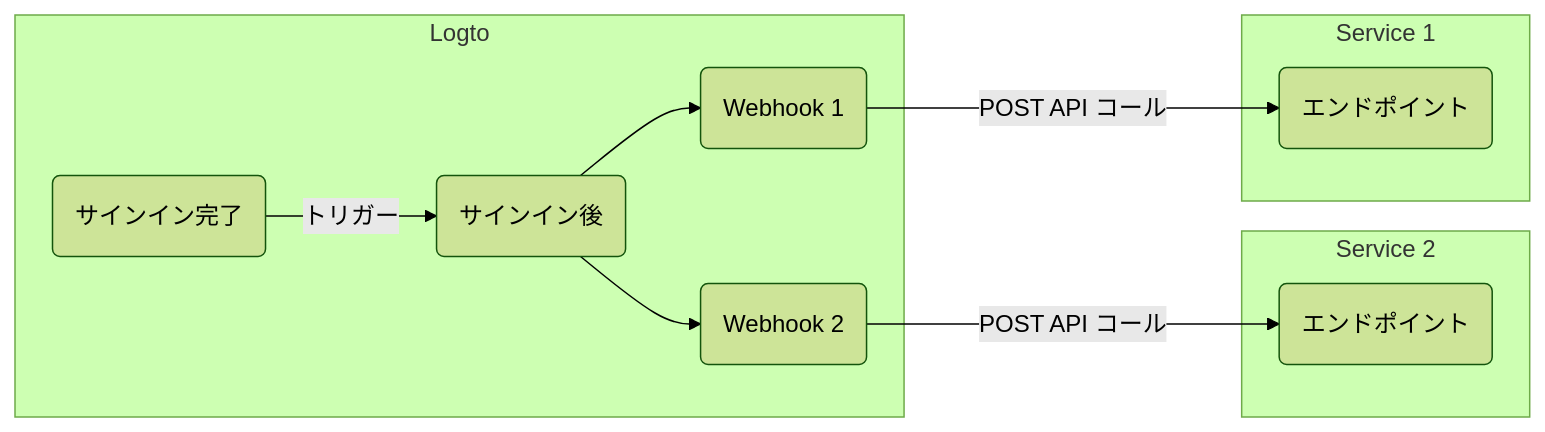
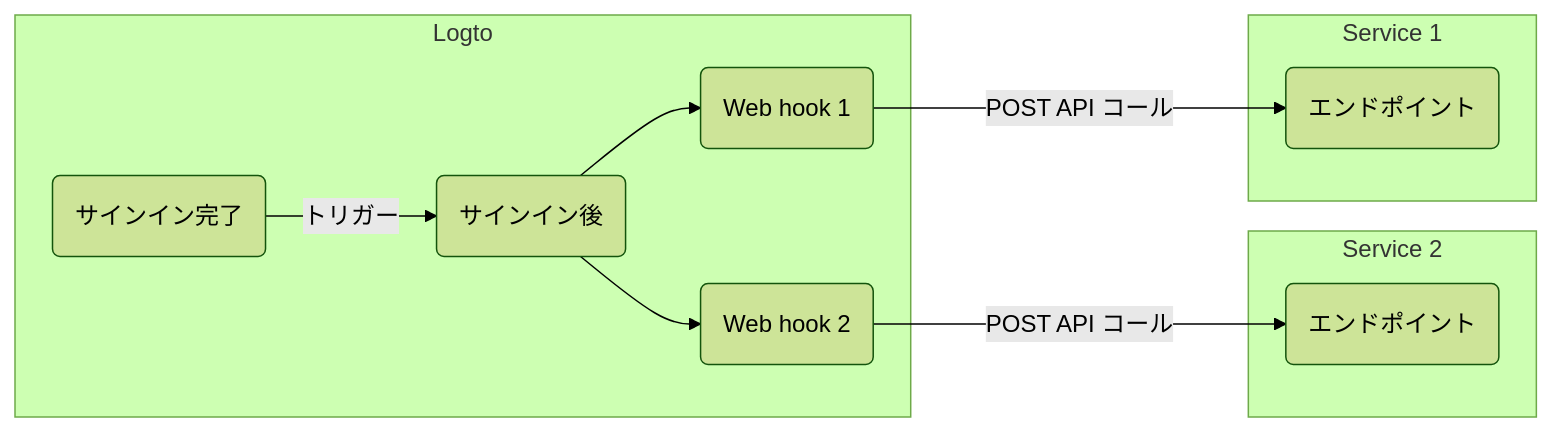
One commit to logto-io/docs changed the diagram in i18n/ja/docusaurus-plugin-content-docs/current/developers/webhooks/README.mdx. Above: the diagram before and after it, drawn with Mermaid (forest theme). The commit also changed other lines of this file and 357 other files, not shown here.

````diff
--- a/i18n/ja/docusaurus-plugin-content-docs/current/developers/webhooks/README.mdx
+++ b/i18n/ja/docusaurus-plugin-content-docs/current/developers/webhooks/README.mdx
@@ -36,24 +36,24 @@
 ```mermaid
 graph LR
   subgraph Logto
     SF(サインイン完了)
     PS(サインイン後)
-    WH2(Webhook 2)
-    WH1(Webhook 1)
+    WH2(Web hook 2)
+    WH1(Web hook 1)
   end
 
   subgraph Service 2
     E2(エンドポイント)
   end
 
   subgraph Service 1
     E1(エンドポイント)
   end
 
   SF -->|トリガー| PS
   PS --> WH1
   PS --> WH2
   WH1 --->|POST API コール| E1
   WH2 --->|POST API コール| E2
 
 ```
````
